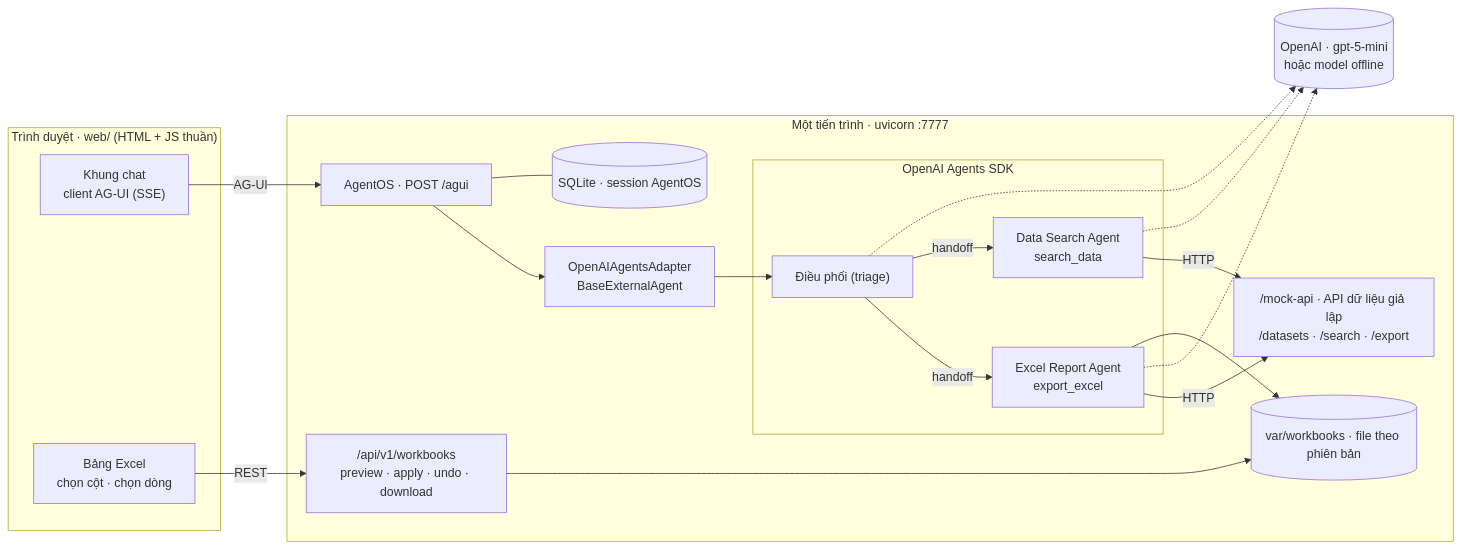
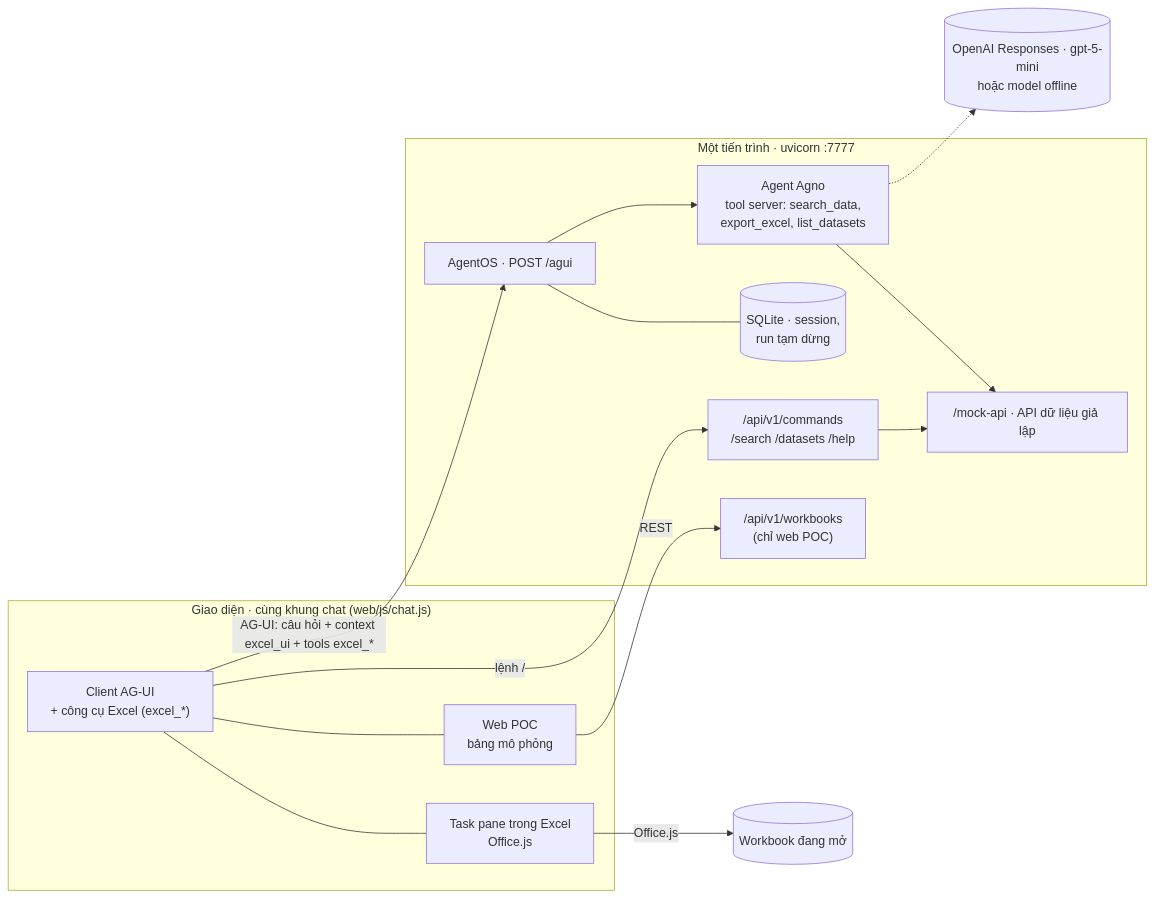
Before and after one commit to superken-python/ai-architecture: the first of 2 diagrams in projects/cmb-10-excel-agent-addin/docs/06-poc-huong-dan-su-dung.md, drawn with Mermaid. The commit also changed other lines of this file and 68 other files, not shown here.

First line of the commit message:
feat(cmb-10): POC 0.2 — Agno agent with Excel tools running in the add-in

````diff
--- a/projects/cmb-10-excel-agent-addin/docs/06-poc-huong-dan-su-dung.md
+++ b/projects/cmb-10-excel-agent-addin/docs/06-poc-huong-dan-su-dung.md
@@ -40,30 +44,27 @@
 ```mermaid
 flowchart LR
-    subgraph UI["Trình duyệt · web/ (HTML + JS thuần)"]
-        CHAT["Khung chat<br/>client AG-UI (SSE)"]
-        GRID["Bảng Excel<br/>chọn cột · chọn dòng"]
+    subgraph CLIENT["Giao diện · cùng khung chat (web/js/chat.js)"]
+        CHAT["Client AG-UI<br/>+ công cụ Excel (excel_*)"]
+        WEB["Web POC<br/>bảng mô phỏng"]
+        TP["Task pane trong Excel<br/>Office.js"]
     end
     subgraph SRV["Một tiến trình · uvicorn :7777"]
         AGUI["AgentOS · POST /agui"]
-        AD["OpenAIAgentsAdapter<br/>BaseExternalAgent"]
-        subgraph SDK["OpenAI Agents SDK"]
-            TR["Điều phối (triage)"]
-            RA["Excel Report Agent<br/>export_excel"]
-            SA["Data Search Agent<br/>search_data"]
-        end
-        WB["/api/v1/workbooks<br/>preview · apply · undo · download"]
-        MOCK["/mock-api · API dữ liệu giả lập<br/>/datasets · /search · /export"]
-        DB[("SQLite · session AgentOS")]
-        FILES[("var/workbooks · file theo phiên bản")]
+        AG["Agent Agno<br/>tool server: search_data,<br/>export_excel, list_datasets"]
+        CMD["/api/v1/commands<br/>/search /datasets /help"]
+        WB["/api/v1/workbooks<br/>(chỉ web POC)"]
+        MOCK["/mock-api · API dữ liệu giả lập"]
+        DB[("SQLite · session,<br/>run tạm dừng")]
     end
-    LLM[("OpenAI · gpt-5-mini<br/>hoặc model offline")]
-    CHAT -- "AG-UI" --> AGUI --> AD --> TR
-    TR -- handoff --> RA
-    TR -- handoff --> SA
-    RA -- "HTTP" --> MOCK
-    SA -- "HTTP" --> MOCK
-    TR & RA & SA -.-> LLM
+    LLM[("OpenAI Responses · gpt-5-mini<br/>hoặc model offline")]
+    XL[("Workbook đang mở")]
+    CHAT -- "AG-UI: câu hỏi + context excel_ui + tools excel_*" --> AGUI --> AG
+    AG -.-> LLM
+    AG --> MOCK
     AGUI --- DB
-    RA --> FILES
-    GRID -- "REST" --> WB --> FILES
+    CHAT -- "lệnh /" --> CMD --> MOCK
+    WEB -- REST --> WB
+    TP -- Office.js --> XL
+    CHAT --- WEB
+    CHAT --- TP
 ```
````
